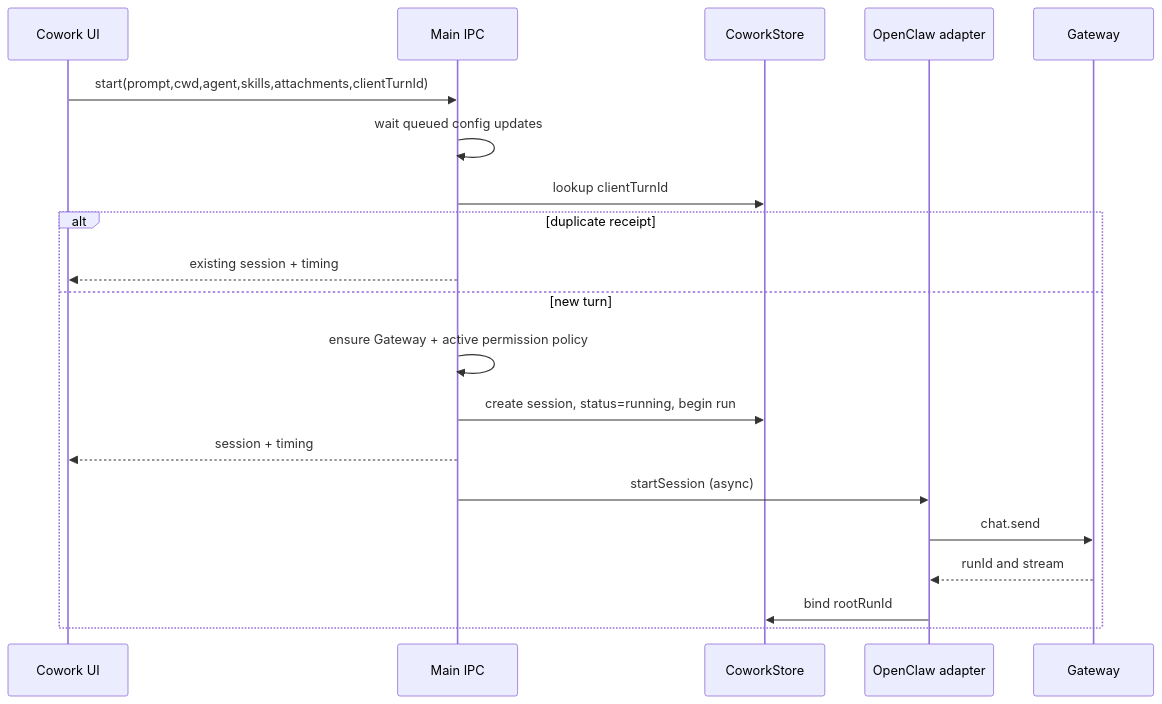
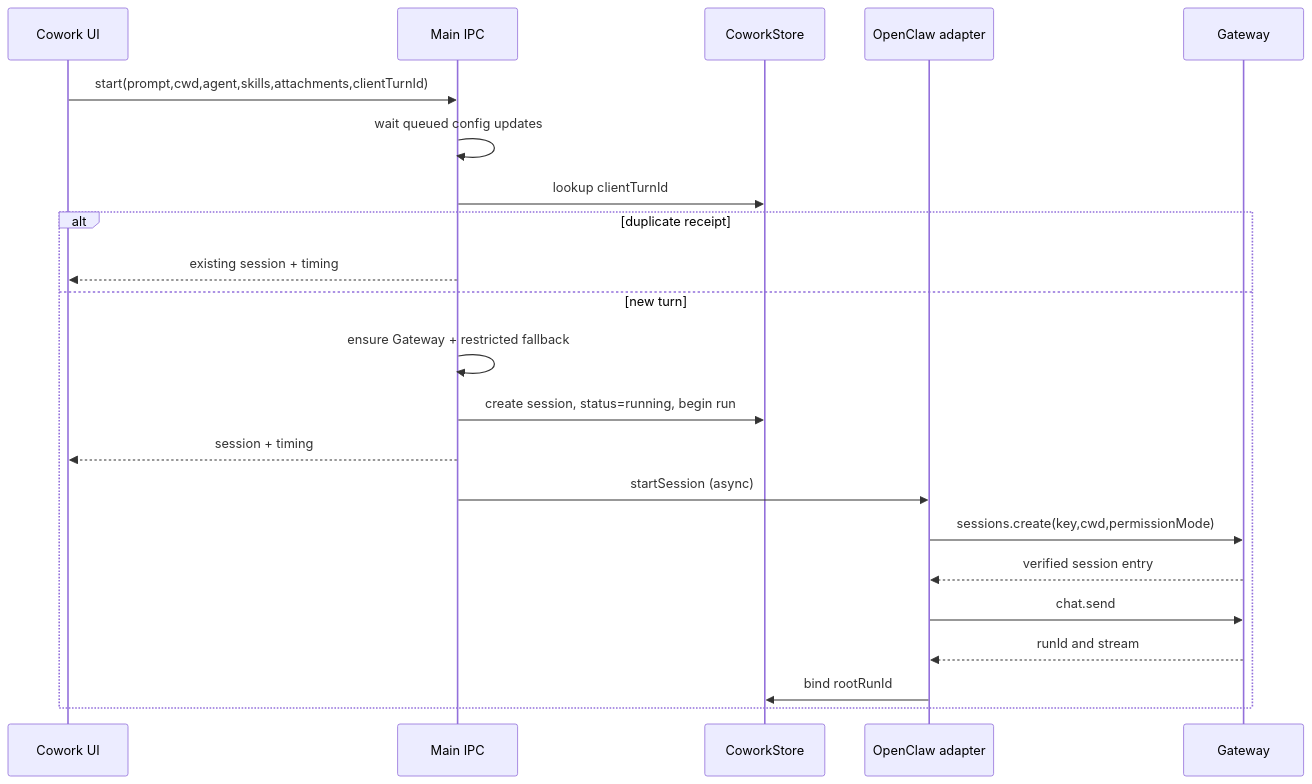
The first of 2 diagrams in docs/architecture/04-cowork-system.md (liangxhao/JustDo), drawn with Mermaid before and after one commit. The commit also changed other lines of this file and 87 other files, not shown here.

````diff
--- a/docs/architecture/04-cowork-system.md
+++ b/docs/architecture/04-cowork-system.md
@@ -49,22 +49,24 @@
 ```mermaid
 sequenceDiagram
   participant UI as Cowork UI
   participant IPC as Main IPC
   participant DB as CoworkStore
   participant RT as OpenClaw adapter
   participant GW as Gateway
   UI->>IPC: start(prompt,cwd,agent,skills,attachments,clientTurnId)
   IPC->>IPC: wait queued config updates
   IPC->>DB: lookup clientTurnId
   alt duplicate receipt
     IPC-->>UI: existing session + timing
   else new turn
-    IPC->>IPC: ensure Gateway + active permission policy
+    IPC->>IPC: ensure Gateway + restricted fallback
     IPC->>DB: create session, status=running, begin run
     IPC-->>UI: session + timing
     IPC->>RT: startSession (async)
+    RT->>GW: sessions.create(key,cwd,permissionMode)
+    GW-->>RT: verified session entry
     RT->>GW: chat.send
     GW-->>RT: runId and stream
     RT->>DB: bind rootRunId
   end
 ```
````
